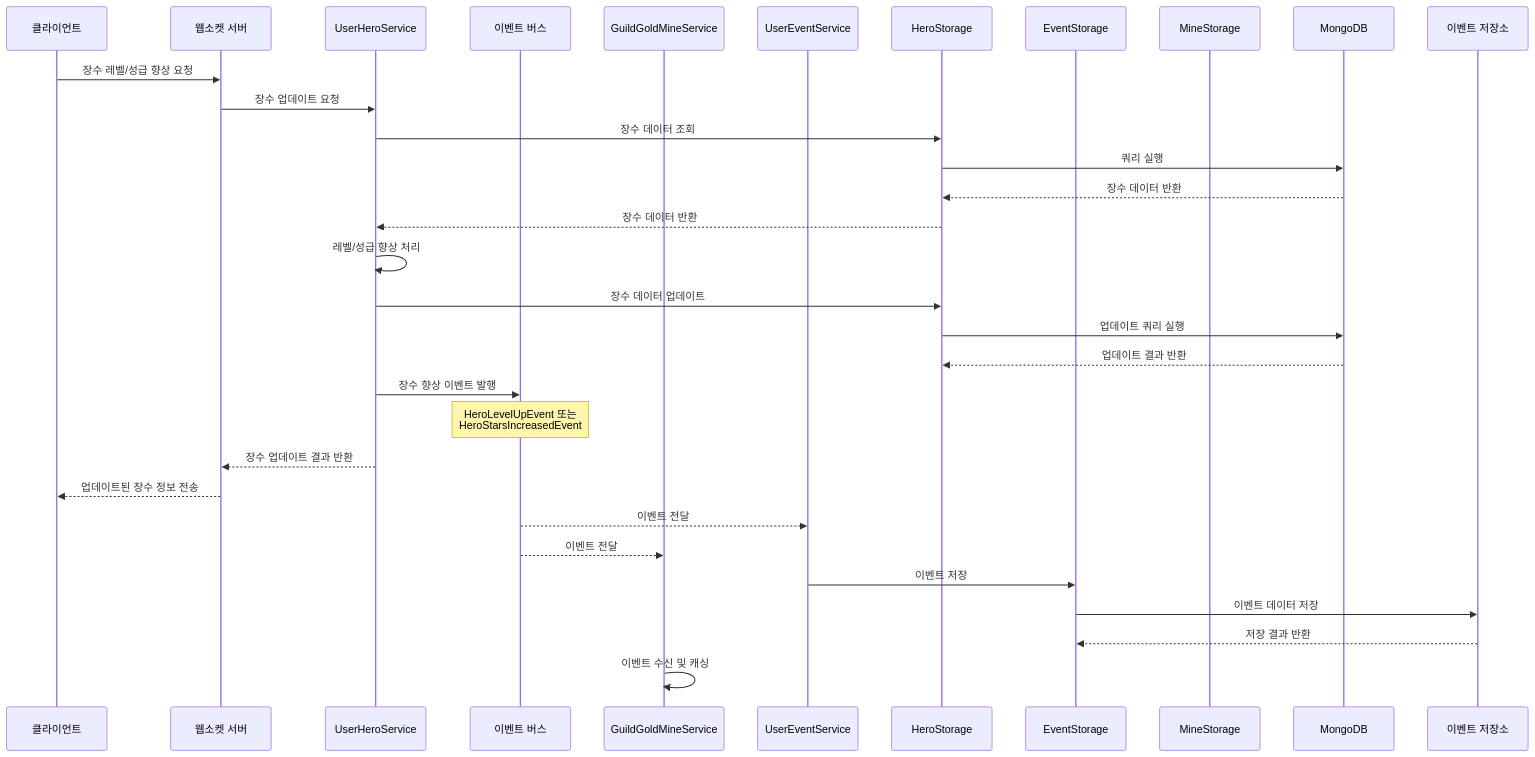
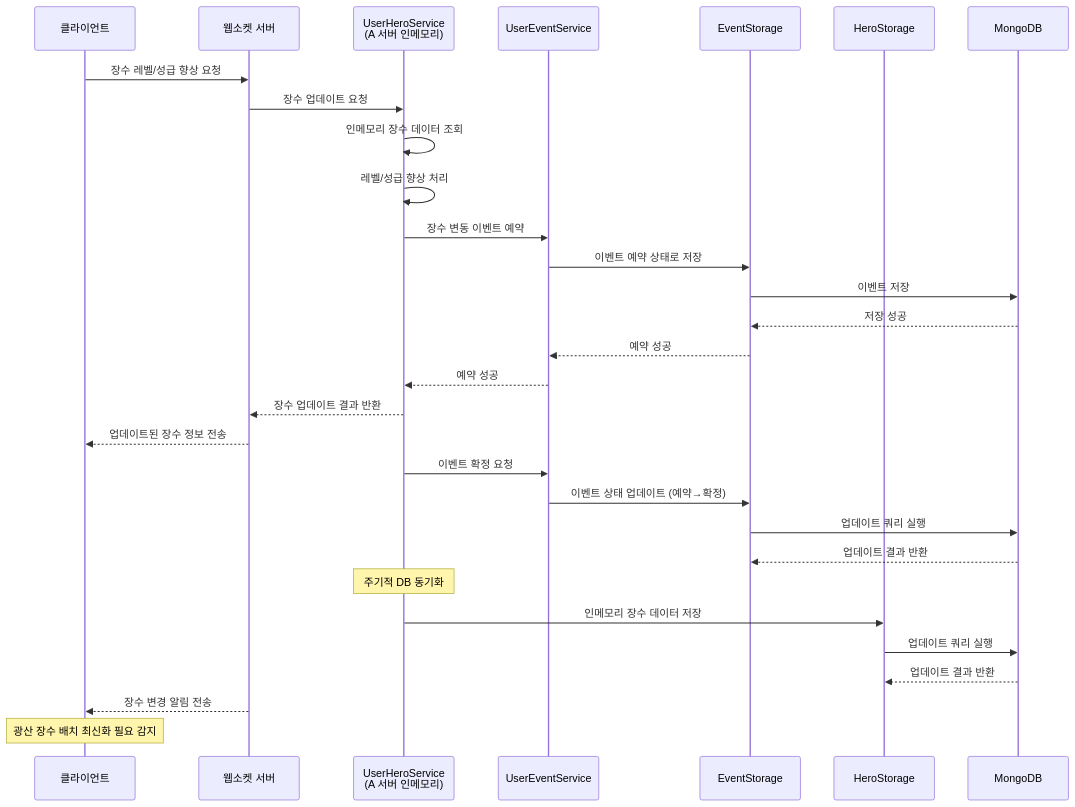
One commit to homveloper/boss-raid-game changed the third of 5 diagrams in transport/GuildGoldMine.md. Above: the diagram before and after it, drawn with Mermaid. The commit also changed other lines of this file, not shown here.

Commit message:
feat: 광산 장수 배치 최신화 및 기여도 계산 방식 개선

````diff
--- a/transport/GuildGoldMine.md
+++ b/transport/GuildGoldMine.md
@@ -393,49 +395,45 @@
 ```mermaid
 sequenceDiagram
     participant Client as 클라이언트
     participant WebSocket as 웹소켓 서버
-    participant UserHero as UserHeroService
-    participant EventBus as 이벤트 버스
-    participant GuildMine as GuildGoldMineService
+    participant UserHero as UserHeroService<br/>(A 서버 인메모리)
     participant UserEvent as UserEventService
+    participant EventStorage as EventStorage
     participant HeroStorage as HeroStorage
-    participant EventStorage as EventStorage
-    participant MineStorage as MineStorage
     participant MongoDB as MongoDB
-    participant EventDB as 이벤트 저장소
 
     %% 1. 장수 레벨업/성급 향상 처리
     Client->>WebSocket: 장수 레벨/성급 향상 요청
     WebSocket->>UserHero: 장수 업데이트 요청
 
-    UserHero->>HeroStorage: 장수 데이터 조회
-    HeroStorage->>MongoDB: 쿼리 실행
-    MongoDB-->>HeroStorage: 장수 데이터 반환
-    HeroStorage-->>UserHero: 장수 데이터 반환
-
+    UserHero->>UserHero: 인메모리 장수 데이터 조회
     UserHero->>UserHero: 레벨/성급 향상 처리
 
-    UserHero->>HeroStorage: 장수 데이터 업데이트
-    HeroStorage->>MongoDB: 업데이트 쿼리 실행
-    MongoDB-->>HeroStorage: 업데이트 결과 반환
-
-    %% 2. 이벤트 발행
-    UserHero->>EventBus: 장수 향상 이벤트 발행
-    Note over EventBus: HeroLevelUpEvent 또는<br/>HeroStarsIncreasedEvent
+    %% 2. 이벤트 예약 및 저장
+    UserHero->>UserEvent: 장수 변동 이벤트 예약
+    UserEvent->>EventStorage: 이벤트 예약 상태로 저장
+    EventStorage->>MongoDB: 이벤트 저장
+    MongoDB-->>EventStorage: 저장 성공
+    EventStorage-->>UserEvent: 예약 성공
+    UserEvent-->>UserHero: 예약 성공
 
     %% 3. 클라이언트에 응답
     UserHero-->>WebSocket: 장수 업데이트 결과 반환
     WebSocket-->>Client: 업데이트된 장수 정보 전송
 
-    %% 4. 이벤트 구독자들이 이벤트 처리
-    EventBus-->>UserEvent: 이벤트 전달
-    EventBus-->>GuildMine: 이벤트 전달
+    %% 4. 이벤트 확정 처리 (비동기)
+    UserHero->>UserEvent: 이벤트 확정 요청
+    UserEvent->>EventStorage: 이벤트 상태 업데이트 (예약→확정)
+    EventStorage->>MongoDB: 업데이트 쿼리 실행
+    MongoDB-->>EventStorage: 업데이트 결과 반환
 
-    %% 5. 이벤트 저장
-    UserEvent->>EventStorage: 이벤트 저장
-    EventStorage->>EventDB: 이벤트 데이터 저장
-    EventDB-->>EventStorage: 저장 결과 반환
+    %% 5. 주기적 DB 동기화 (백그라운드)
+    Note over UserHero: 주기적 DB 동기화
+    UserHero->>HeroStorage: 인메모리 장수 데이터 저장
+    HeroStorage->>MongoDB: 업데이트 쿼리 실행
+    MongoDB-->>HeroStorage: 업데이트 결과 반환
 
-    %% 6. 광산 서비스는 이벤트를 받아서 처리하지만 즉시 광산을 업데이트하지 않음
-    GuildMine->>GuildMine: 이벤트 수신 및 캐싱
+    %% 6. 클라이언트에 광산 장수 변동 알림
+    WebSocket-->>Client: 장수 변경 알림 전송
+    Note over Client: 광산 장수 배치 최신화 필요 감지
 ```
````
